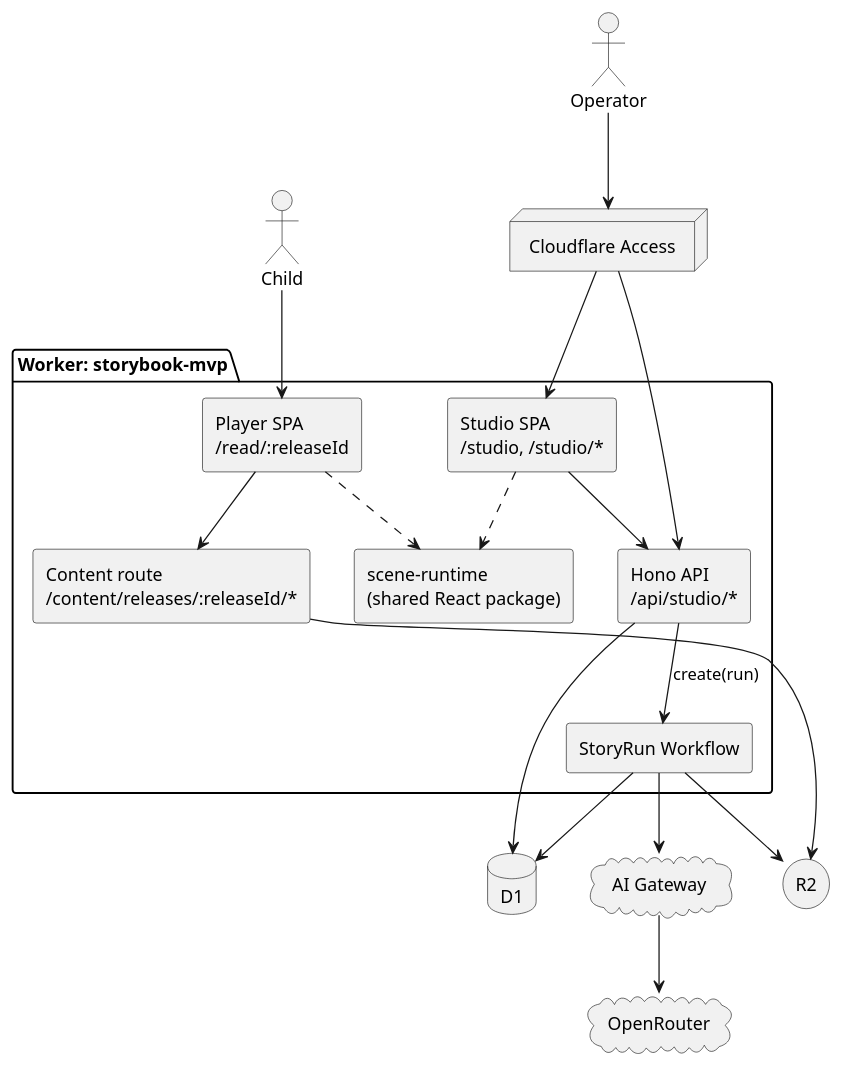
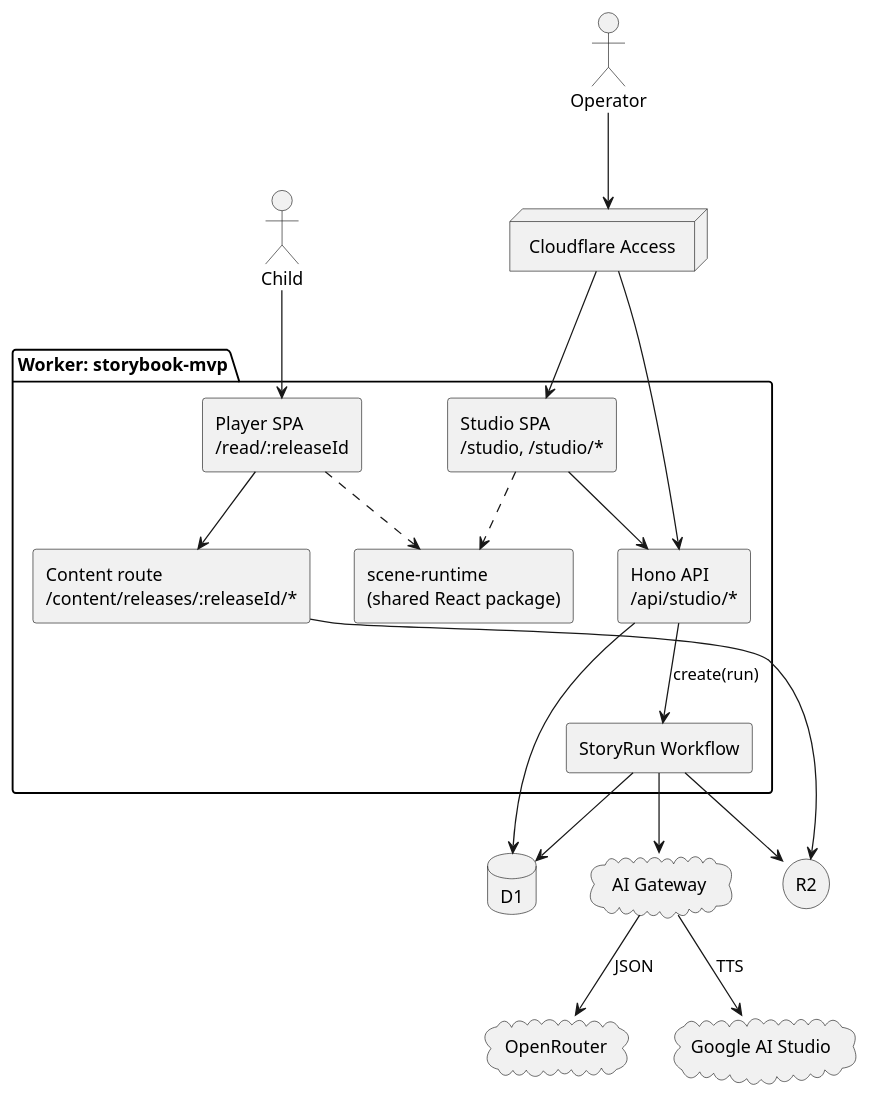
One commit to sem-baby-cmu/goodnight-ai-news changed the first of 2 diagrams in docs/specs/storybook-mvp/design.md. Above: the diagram before and after it, drawn with PlantUML. The commit also changed other lines of this file and 7 other files, not shown here.

````diff
--- a/docs/specs/storybook-mvp/design.md
+++ b/docs/specs/storybook-mvp/design.md
@@ -47,38 +47,40 @@
 ```plantuml
 @startuml
 skinparam componentStyle rectangle
 actor Operator
 actor Child
 
 package "Worker: storybook-mvp" {
   [Studio SPA\n/studio, /studio/*] as Studio
   [Player SPA\n/read/:releaseId] as Player
   [Hono API\n/api/studio/*] as API
   [Content route\n/content/releases/:releaseId/*] as Content
   [StoryRun Workflow] as WF
   [scene-runtime\n(shared React package)] as Runtime
 }
 
 database "D1" as D1
 storage "R2" as R2
 cloud "AI Gateway" as GW
 cloud "OpenRouter" as OR
+cloud "Google AI Studio" as GAS
 node "Cloudflare Access" as Access
 
 Operator --> Access
 Access --> Studio
 Access --> API
 Child --> Player
 Studio ..> Runtime
 Player ..> Runtime
 Studio --> API
 API --> D1
 API --> WF : create(run)
 WF --> D1
 WF --> R2
 WF --> GW
-GW --> OR
+GW --> OR : JSON
+GW --> GAS : TTS
 Player --> Content
 Content --> R2
 @enduml
 ```
````
